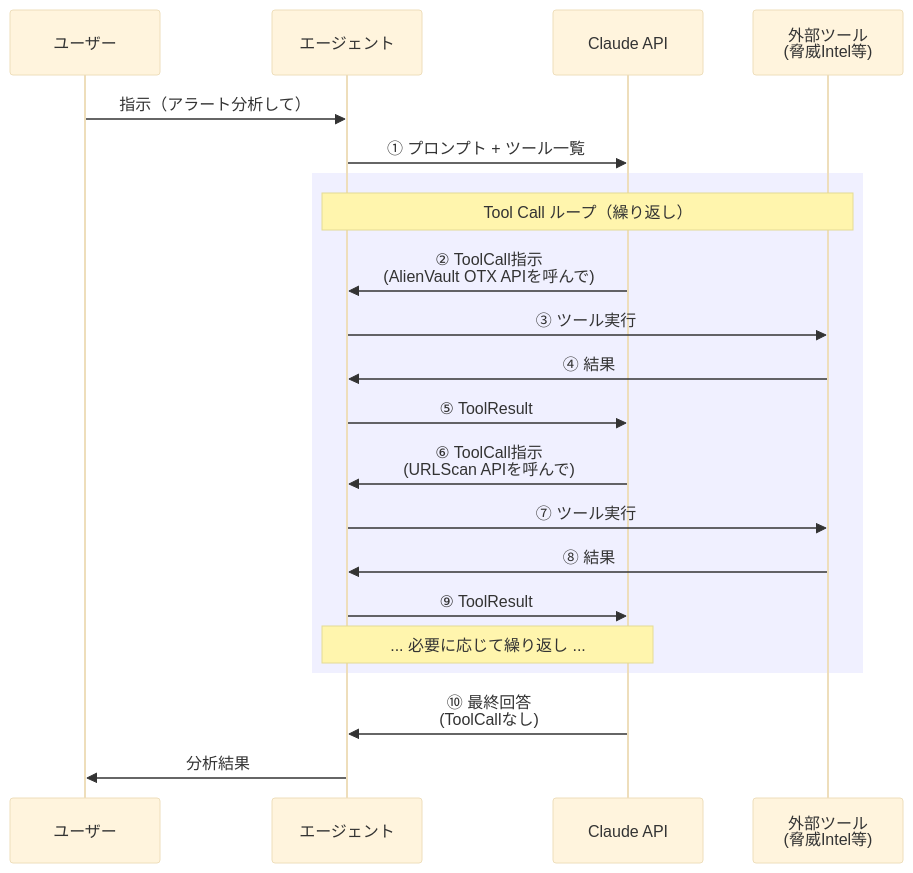
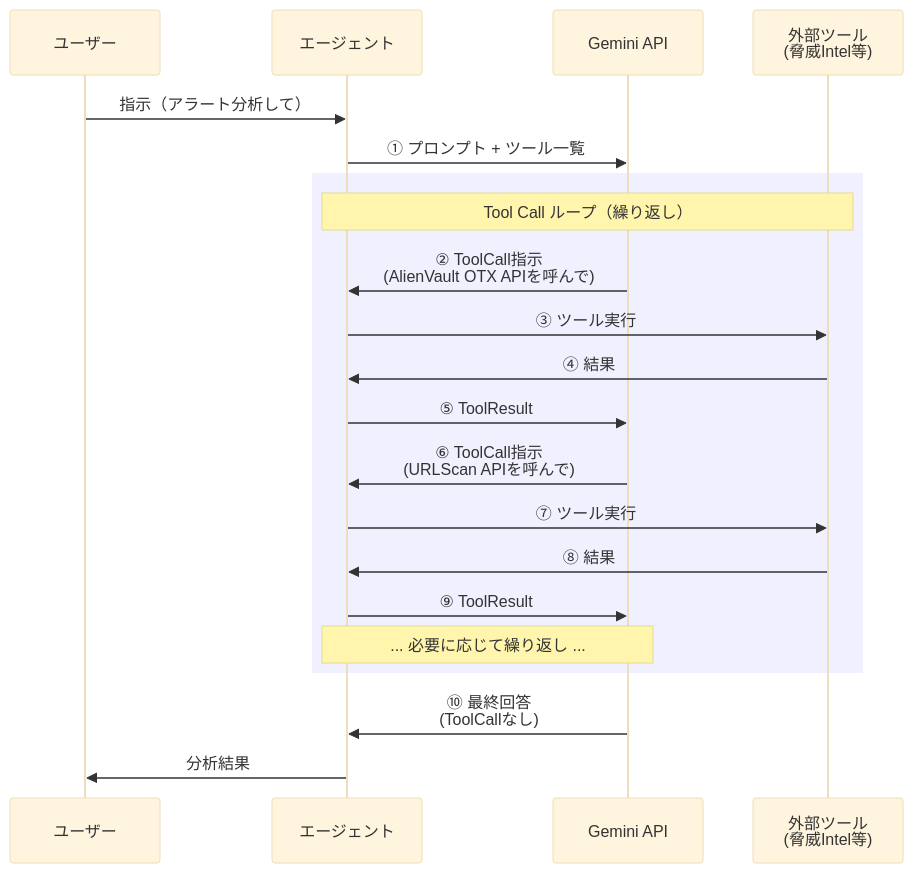
The third of 4 diagrams in articles/sec-agent-03-architecture.md (m-mizutani/advcal2025), drawn with Mermaid (base theme) before and after one commit. The commit also changed other lines of this file and 1 other file, not shown here.

````diff
--- a/articles/sec-agent-03-architecture.md
+++ b/articles/sec-agent-03-architecture.md
@@ -325,28 +319,28 @@
 ```mermaid
 sequenceDiagram
     participant User as ユーザー
     participant App as エージェント
-    participant LLM as Claude API
+    participant LLM as Gemini API
     participant Tool as 外部ツール<br/>(脅威Intel等)
 
     User->>App: 指示（アラート分析して）
     App->>LLM: ① プロンプト + ツール一覧
 
     rect rgb(240, 240, 255)
         Note over App,Tool: Tool Call ループ（繰り返し）
         LLM->>App: ② ToolCall指示<br/>(AlienVault OTX APIを呼んで)
         App->>Tool: ③ ツール実行
         Tool->>App: ④ 結果
         App->>LLM: ⑤ ToolResult
 
         LLM->>App: ⑥ ToolCall指示<br/>(URLScan APIを呼んで)
         App->>Tool: ⑦ ツール実行
         Tool->>App: ⑧ 結果
         App->>LLM: ⑨ ToolResult
 
         Note over LLM,App: ... 必要に応じて繰り返し ...
     end
 
     LLM->>App: ⑩ 最終回答<br/>(ToolCallなし)
     App->>User: 分析結果
 ```
````
